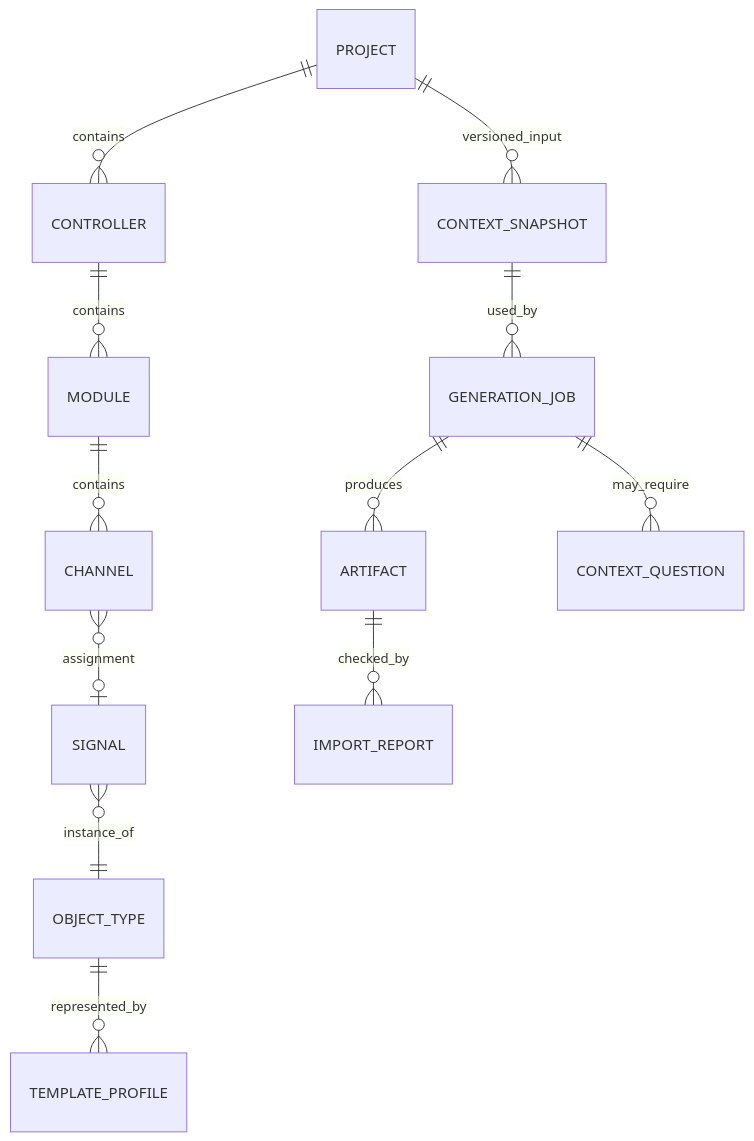
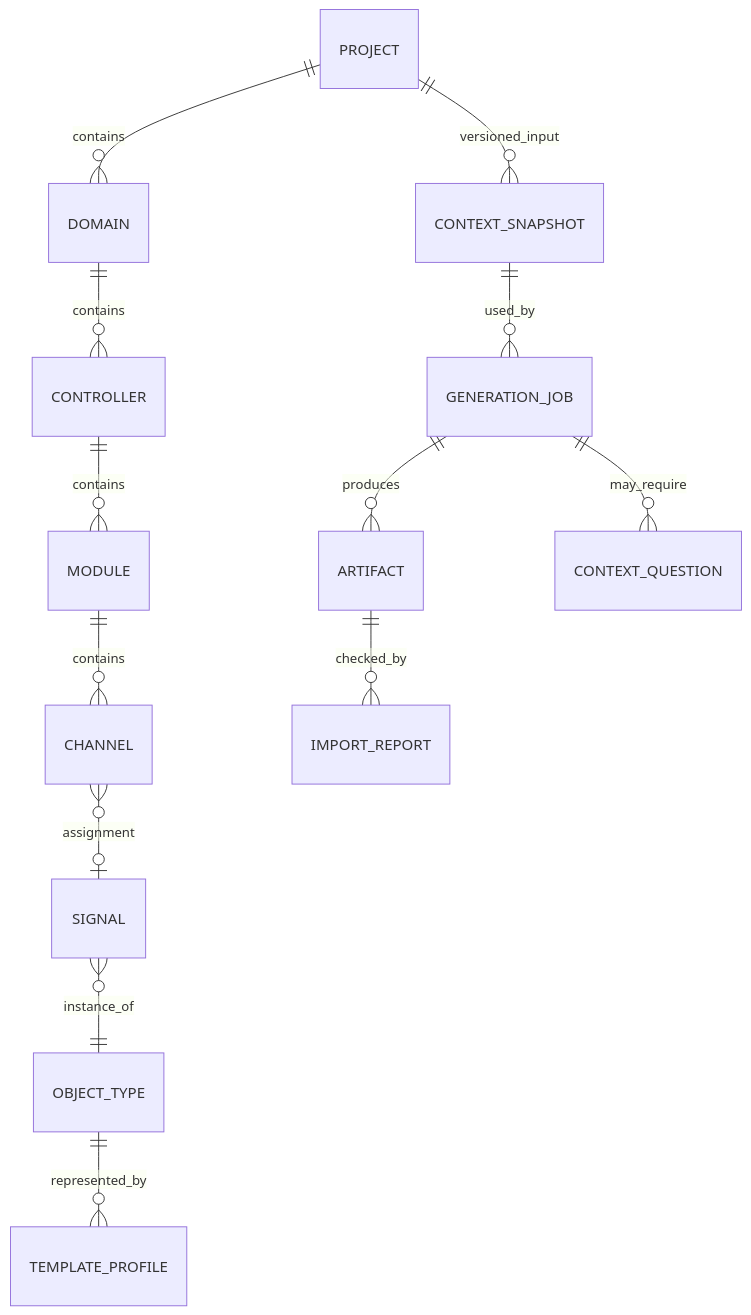
Before and after one commit to KovalenkoNS/scheme-xml-generator: the fourth of 6 diagrams in docs/03-target-architecture.md, drawn with Mermaid. The commit also changed other lines of this file and 543 other files, not shown here.

````diff
--- a/docs/03-target-architecture.md
+++ b/docs/03-target-architecture.md
@@ -116,14 +118,15 @@
 ```mermaid
 erDiagram
-    PROJECT ||--o{ CONTROLLER : contains
+    PROJECT ||--o{ DOMAIN : contains
+    DOMAIN ||--o{ CONTROLLER : contains
     CONTROLLER ||--o{ MODULE : contains
     MODULE ||--o{ CHANNEL : contains
     CHANNEL }o--o| SIGNAL : assignment
     SIGNAL }o--|| OBJECT_TYPE : instance_of
     OBJECT_TYPE ||--o{ TEMPLATE_PROFILE : represented_by
     PROJECT ||--o{ CONTEXT_SNAPSHOT : versioned_input
     CONTEXT_SNAPSHOT ||--o{ GENERATION_JOB : used_by
     GENERATION_JOB ||--o{ ARTIFACT : produces
     GENERATION_JOB ||--o{ CONTEXT_QUESTION : may_require
     ARTIFACT ||--o{ IMPORT_REPORT : checked_by
 ```
````
